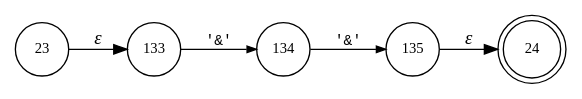
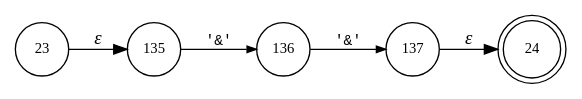
The diagram in build/classes/grammar/ANTLR/decafLexer.T__25.dot (gar13177/Scanner), drawn with Graphviz before and after one commit. The commit also changed 226 other files, not shown here.

```diff
--- a/build/classes/grammar/ANTLR/decafLexer.T__25.dot
+++ b/build/classes/grammar/ANTLR/decafLexer.T__25.dot
@@ -1,12 +1,12 @@
 digraph ATN {
 rankdir=LR;
 s24[fontsize=11, label="24", shape=doublecircle, fixedsize=true, width=.6];
-s133[fontsize=11,label="133", shape=circle, fixedsize=true, width=.55, peripheries=1];
-s134[fontsize=11,label="134", shape=circle, fixedsize=true, width=.55, peripheries=1];
 s23[fontsize=11,label="23", shape=circle, fixedsize=true, width=.55, peripheries=1];
 s135[fontsize=11,label="135", shape=circle, fixedsize=true, width=.55, peripheries=1];
-s23 -> s133 [fontname="Times-Italic", label="&epsilon;"];
-s133 -> s134 [fontsize=11, fontname="Courier", arrowsize=.7, label = "'&'", arrowhead = normal];
-s134 -> s135 [fontsize=11, fontname="Courier", arrowsize=.7, label = "'&'", arrowhead = normal];
-s135 -> s24 [fontname="Times-Italic", label="&epsilon;"];
+s136[fontsize=11,label="136", shape=circle, fixedsize=true, width=.55, peripheries=1];
+s137[fontsize=11,label="137", shape=circle, fixedsize=true, width=.55, peripheries=1];
+s23 -> s135 [fontname="Times-Italic", label="&epsilon;"];
+s135 -> s136 [fontsize=11, fontname="Courier", arrowsize=.7, label = "'&'", arrowhead = normal];
+s136 -> s137 [fontsize=11, fontname="Courier", arrowsize=.7, label = "'&'", arrowhead = normal];
+s137 -> s24 [fontname="Times-Italic", label="&epsilon;"];
 }
```
